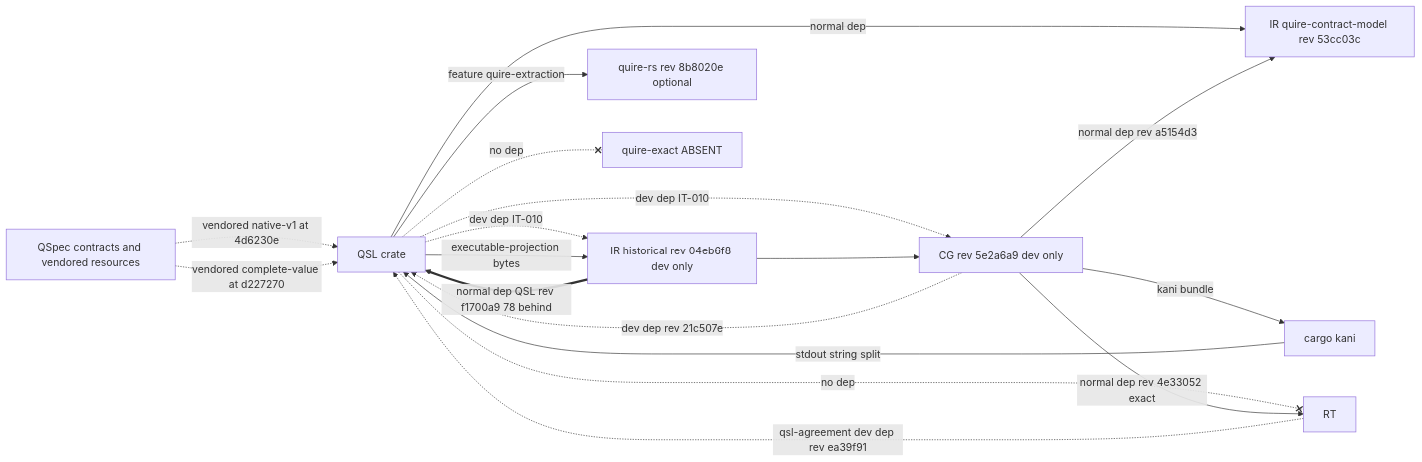
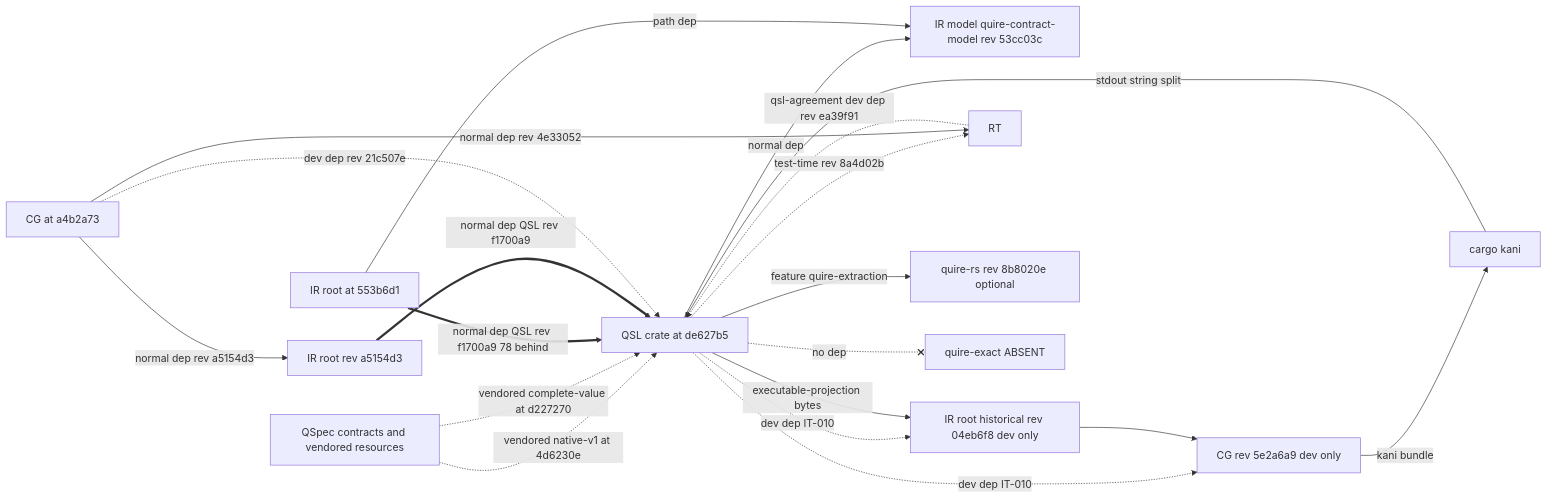
Before and after one commit to agent-ix/quire-spec-language: the third of 3 diagrams in spec/decisions/ADR-010-observed-architecture-baseline.md, drawn with Mermaid. The commit also changed other lines of this file and 8 other files, not shown here.

````diff
--- a/spec/decisions/ADR-010-observed-architecture-baseline.md
+++ b/spec/decisions/ADR-010-observed-architecture-baseline.md
@@ -385,29 +517,34 @@
 ```mermaid
 graph LR
   QSpec[QSpec contracts and vendored resources]
-  QSL[QSL crate]
-  IRCM[IR quire-contract-model rev 53cc03c]
-  IRH[IR historical rev 04eb6f8 dev only]
+  QSL[QSL crate at de627b5]
+  IRCM[IR model quire-contract-model rev 53cc03c]
+  IRR[IR root at 553b6d1]
+  IRH[IR root historical rev 04eb6f8 dev only]
+  IRA[IR root rev a5154d3]
   CG[CG rev 5e2a6a9 dev only]
+  CGM[CG at a4b2a73]
   RT[RT]
   QRS[quire-rs rev 8b8020e optional]
   QX[quire-exact ABSENT]
   Kani[cargo kani]
   QSpec -. vendored native-v1 at 4d6230e .-> QSL
   QSpec -. vendored complete-value at d227270 .-> QSL
   QSL -->|normal dep| IRCM
   QSL -->|feature quire-extraction| QRS
   QSL -.->|dev dep IT-010| IRH
   QSL -.->|dev dep IT-010| CG
-  QSL -.-x|no dep| RT
+  QSL -.->|test-time rev 8a4d02b| RT
   QSL -.-x|no dep| QX
   QSL -->|executable-projection bytes| IRH
   IRH --> CG
   CG -->|kani bundle| Kani
   Kani -->|stdout string split| QSL
-  IRH ==>|normal dep QSL rev f1700a9 78 behind| QSL
-  CG -->|normal dep rev 4e33052 exact| RT
-  CG -->|normal dep rev a5154d3| IRCM
-  CG -.->|dev dep rev 21c507e| QSL
+  IRR -->|path dep| IRCM
+  IRR ==>|normal dep QSL rev f1700a9 78 behind| QSL
+  CGM -->|normal dep rev 4e33052| RT
+  CGM -->|normal dep rev a5154d3| IRA
+  IRA ==>|normal dep QSL rev f1700a9| QSL
+  CGM -.->|dev dep rev 21c507e| QSL
   RT -.->|qsl-agreement dev dep rev ea39f91| QSL
 ```
````
